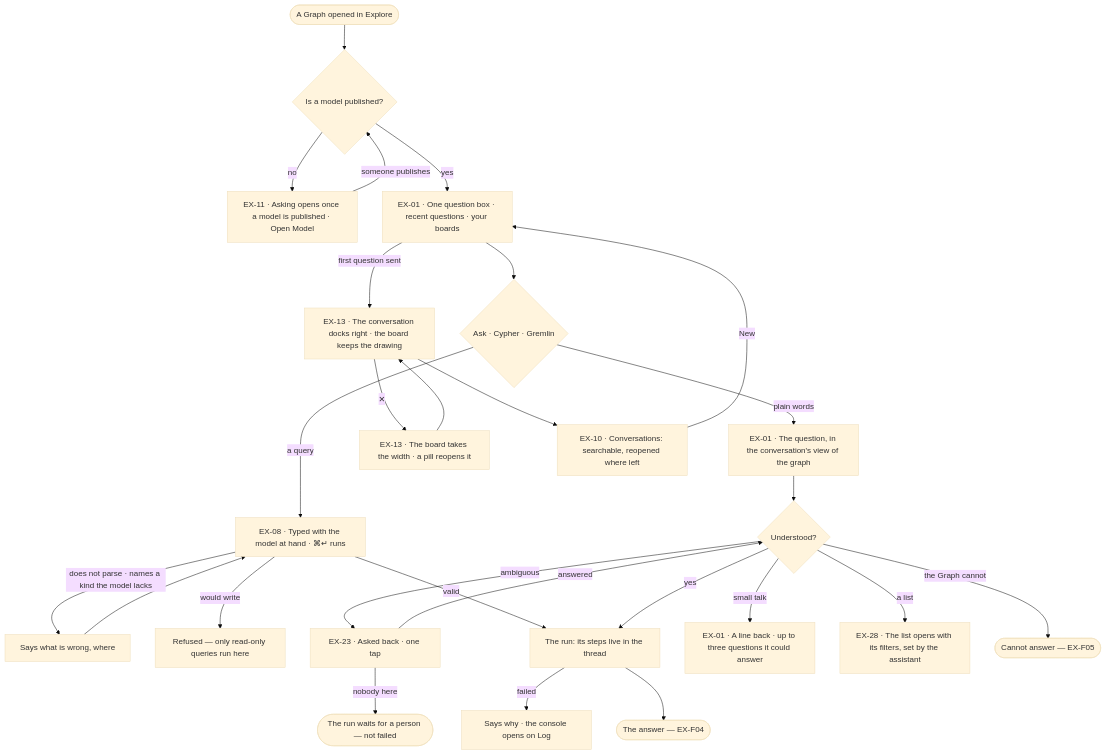
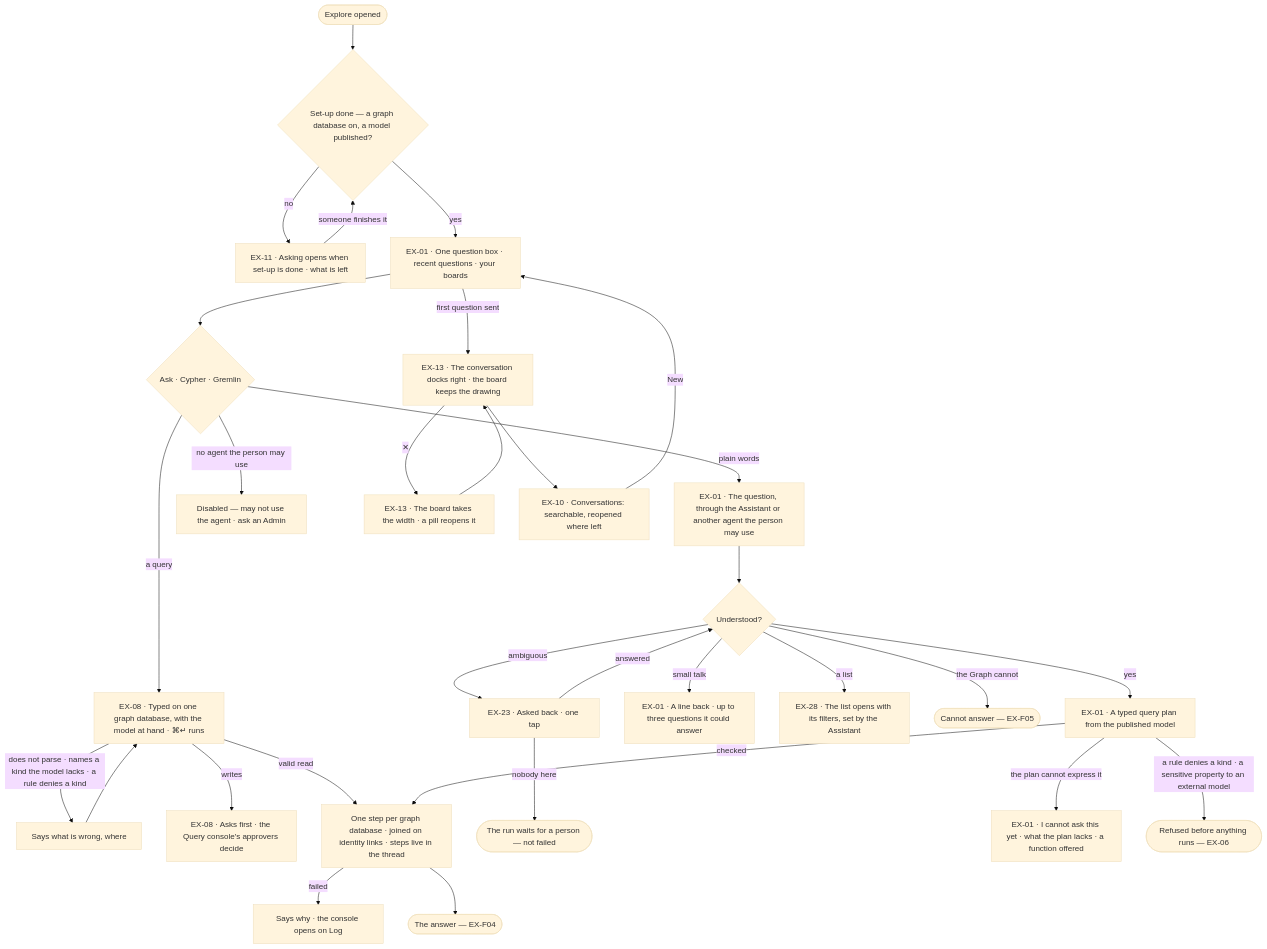
Before and after one commit to invana/invana: the first of 2 diagrams in specs/capabilities/explore/features/EX-F03-ask-a-question/feature.md, drawn with Mermaid (base theme). The commit also changed other lines of this file and 522 other files, not shown here.

````diff
--- a/specs/capabilities/explore/features/EX-F03-ask-a-question/feature.md
+++ b/specs/capabilities/explore/features/EX-F03-ask-a-question/feature.md
@@ -25,28 +27,32 @@
 ```mermaid
 flowchart TD
-  start([A Graph opened in Explore]) --> lock{Is a model published?}
-  lock -->|no| lk["EX-11 · Asking opens once a model is published · Open Model"]
-  lk -->|someone publishes| lock
+  start([Explore opened]) --> lock{Set-up done — a graph database on, a model published?}
+  lock -->|no| lk["EX-11 · Asking opens when set-up is done · what is left"]
+  lk -->|someone finishes it| lock
   lock -->|yes| home["EX-01 · One question box · recent questions · your boards"]
   home --> kind{Ask · Cypher · Gremlin}
-  kind -->|plain words| ask["EX-01 · The question, in the conversation's view of the graph"]
-  kind -->|a query| q["EX-08 · Typed with the model at hand · ⌘↵ runs"]
-  q -->|does not parse · names a kind the model lacks| qe["Says what is wrong, where"] --> q
-  q -->|would write| qw["Refused — only read-only queries run here"]
-  q -->|valid| run
+  kind -->|plain words| ask["EX-01 · The question, through the Assistant or another agent the person may use"]
+  kind -->|a query| q["EX-08 · Typed on one graph database, with the model at hand · ⌘↵ runs"]
+  kind -->|no agent the person may use| na["Disabled — may not use the agent · ask an Admin"]
+  q -->|does not parse · names a kind the model lacks · a rule denies a kind| qe["Says what is wrong, where"] --> q
+  q -->|writes| qw["EX-08 · Asks first · the Query console's approvers decide"]
+  q -->|valid read| run
   ask --> u{Understood?}
   u -->|ambiguous| cq["EX-23 · Asked back · one tap"]
   cq -->|answered| u
   cq -->|nobody here| park(["The run waits for a person — not failed"])
   u -->|small talk| talk["EX-01 · A line back · up to three questions it could answer"]
-  u -->|a list| ol["EX-28 · The list opens with its filters, set by the assistant"]
+  u -->|a list| ol["EX-28 · The list opens with its filters, set by the Assistant"]
   u -->|the Graph cannot| ca(["Cannot answer — EX-F05"])
-  u -->|yes| run["The run: its steps live in the thread"]
+  u -->|yes| plan["EX-01 · A typed query plan from the published model"]
+  plan -->|the plan cannot express it| gap["EX-01 · I cannot ask this yet · what the plan lacks · a function offered"]
+  plan -->|a rule denies a kind · a sensitive property to an external model| rf(["Refused before anything runs — EX-06"])
+  plan -->|checked| run["One step per graph database · joined on identity links · steps live in the thread"]
   run -->|failed| fl["Says why · the console opens on Log"]
   run --> ans(["The answer — EX-F04"])
   home -->|first question sent| dock["EX-13 · The conversation docks right · the board keeps the drawing"]
   dock -->|✕| closed["EX-13 · The board takes the width · a pill reopens it"]
   closed --> dock
   dock --> conv["EX-10 · Conversations: searchable, reopened where left"]
   conv -->|New| home
 ```
````
